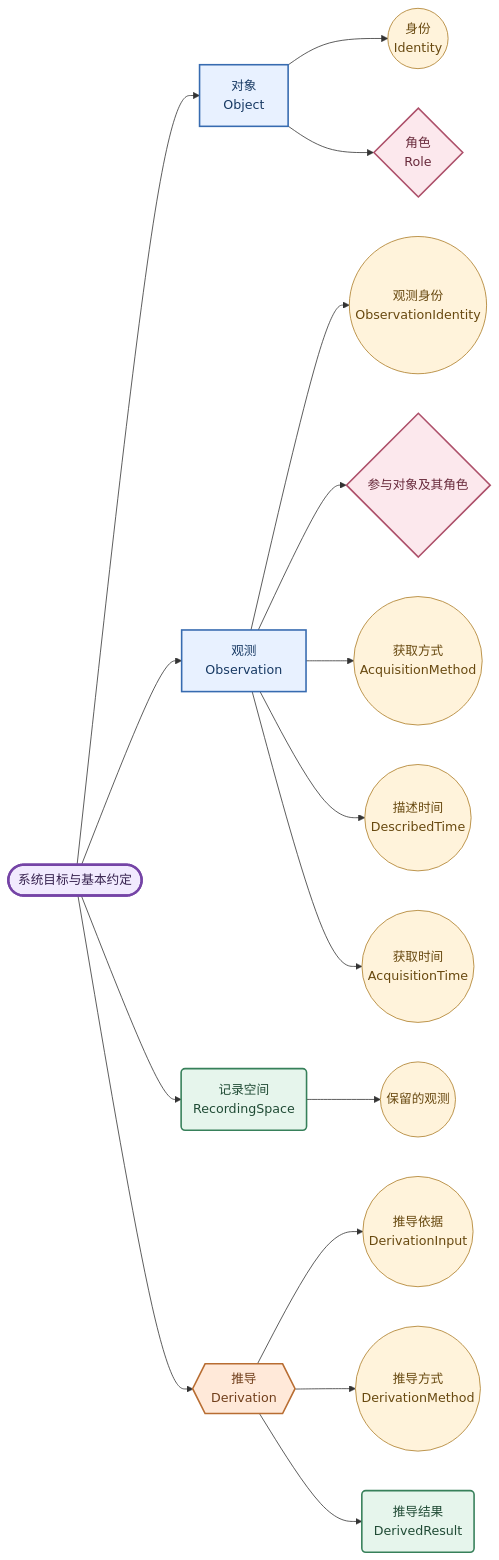
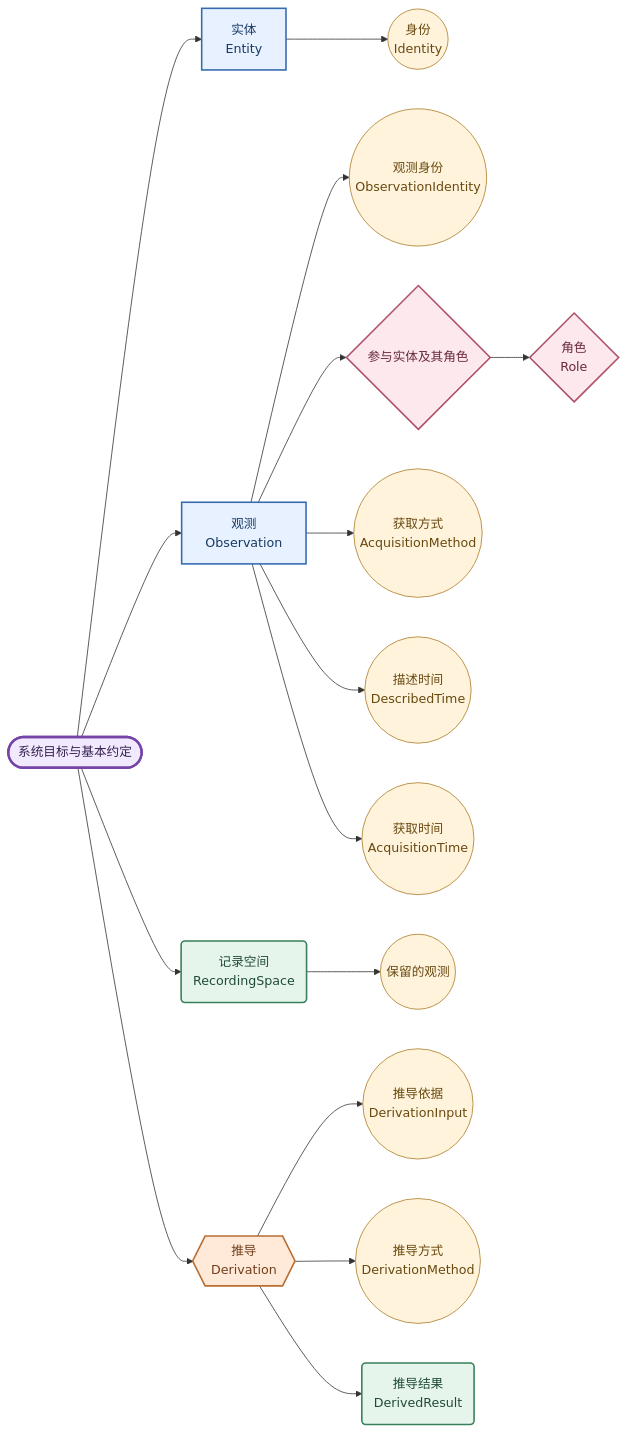
One commit to shenxianovo/Heartbeat changed the diagram in HUMAN.md. Above: the diagram before and after it, drawn with Mermaid. The commit also changed other lines of this file and 25 other files, not shown here.

````diff
--- a/HUMAN.md
+++ b/HUMAN.md
@@ -38,59 +38,59 @@
 ```mermaid
 flowchart LR
     H(["系统目标与基本约定"]):::goal
-    E["对象<br/>Object"]:::basis
+    E["实体<br/>Entity"]:::basis
     O["观测<br/>Observation"]:::basis
     S("记录空间<br/>RecordingSpace"):::derived
     D{{"推导<br/>Derivation"}}:::process
 
     I(("身份<br/>Identity")):::attribute
     R{"角色<br/>Role"}:::relation
     OI(("观测身份<br/>ObservationIdentity")):::attribute
-    P{"参与对象及其角色"}:::relation
+    P{"参与实体及其角色"}:::relation
     ACQ(("获取方式<br/>AcquisitionMethod")):::attribute
     DT(("描述时间<br/>DescribedTime")):::attribute
     AT(("获取时间<br/>AcquisitionTime")):::attribute
     KEPT(("保留的观测")):::attribute
     IN(("推导依据<br/>DerivationInput")):::attribute
     M(("推导方式<br/>DerivationMethod")):::attribute
     Q("推导结果<br/>DerivedResult"):::derived
 
     H --> E
     H --> O
     H --> S
     H --> D
     E --> I
-    E --> R
     O --> OI
     O --> P
+    P --> R
     O --> ACQ
     O --> DT
     O --> AT
     S --> KEPT
     D --> IN
     D --> M
     D --> Q
 
-    click E "human/objects/README.md" "阅读对象"
+    click E "human/entities/README.md" "阅读实体"
     click O "human/observations/README.md" "阅读观测"
     click S "human/recording-space.md" "阅读记录空间"
     click D "human/derivation/README.md" "阅读推导"
-    click I "human/objects/identity.md" "阅读身份"
-    click R "human/objects/roles.md" "阅读角色"
+    click I "human/entities/identity.md" "阅读身份"
+    click R "human/observations/roles.md" "阅读角色"
     click OI "human/observations/README.md#观测身份observationidentity" "阅读观测身份"
-    click P "human/observations/README.md#参与对象及其角色" "阅读参与对象及其角色"
+    click P "human/observations/README.md#参与实体及其角色" "阅读参与实体及其角色"
     click ACQ "human/observations/README.md#获取方式acquisitionmethod" "阅读获取方式"
     click DT "human/observations/README.md#描述时间与获取时间" "阅读描述时间"
     click AT "human/observations/README.md#描述时间与获取时间" "阅读获取时间"
     click KEPT "human/recording-space.md#保留的观测" "阅读保留的观测"
     click IN "human/derivation/input.md" "阅读推导依据"
     click M "human/derivation/method.md" "阅读推导方式"
     click Q "human/derivation/result.md" "阅读推导结果"
 
     classDef goal fill:#F1EAFE,stroke:#7544A6,color:#35204D,stroke-width:3px
     classDef basis fill:#E8F1FF,stroke:#376BB0,color:#183A64,stroke-width:2px
     classDef derived fill:#E6F5EC,stroke:#37805A,color:#204B35,stroke-width:2px
     classDef process fill:#FFE9D9,stroke:#B86D32,color:#713F1C,stroke-width:2px
     classDef attribute fill:#FFF3DB,stroke:#AC7B25,color:#684910
     classDef relation fill:#FCE8ED,stroke:#AD506A,color:#682A3B,stroke-width:2px
 ```
````
